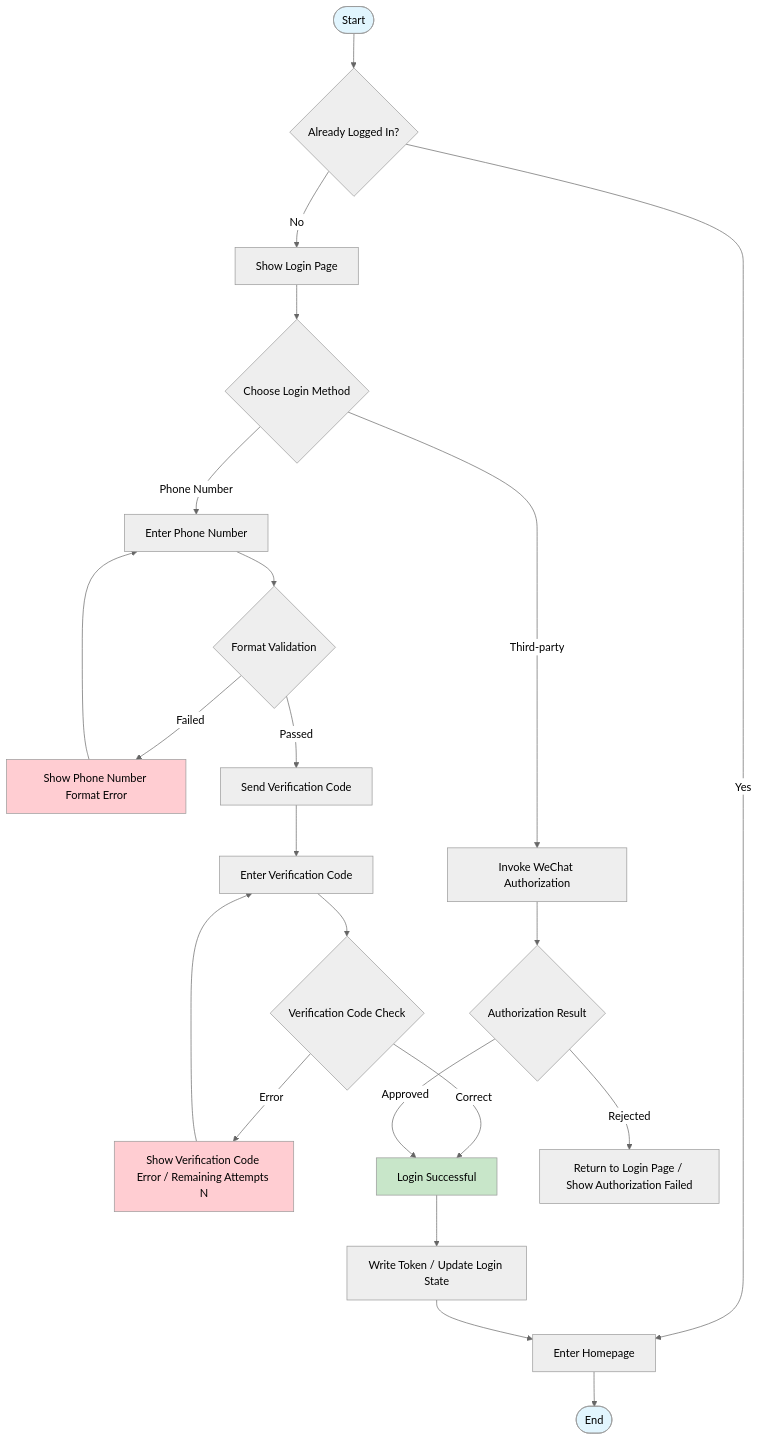
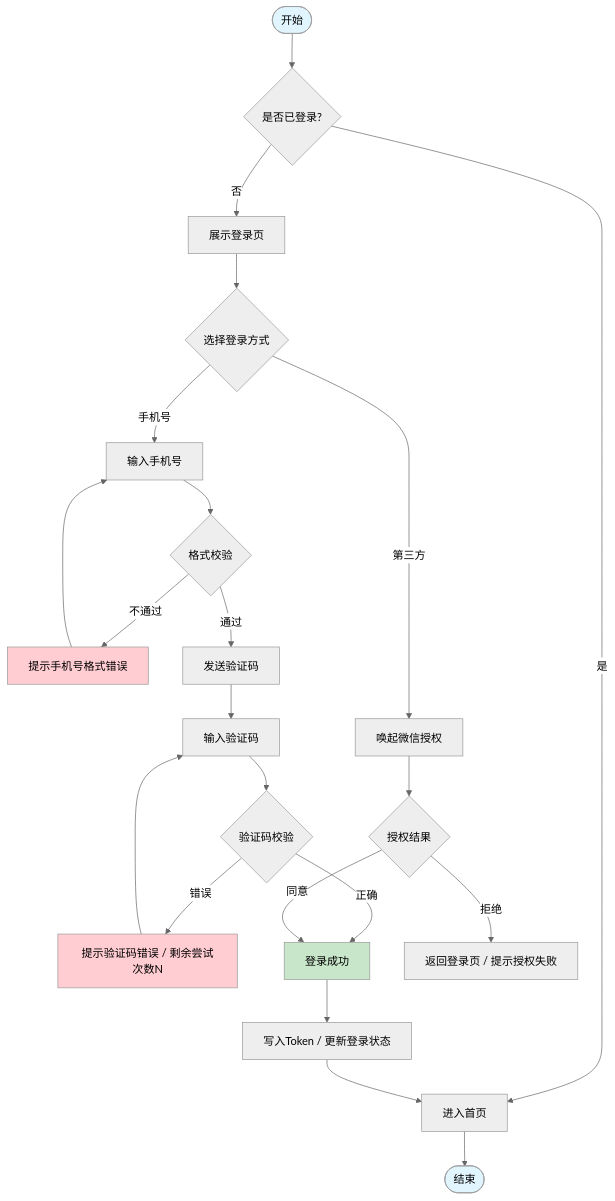
Before and after one commit to Kirky-X/cangjie: the fourth of 12 diagrams in templates/Product/Product/Template-PRD.md, drawn with Mermaid (neutral theme). The commit also changed other lines of this file and 33 other files, not shown here.

````diff
--- a/templates/Product/Product/Template-PRD.md
+++ b/templates/Product/Product/Template-PRD.md
@@ -222,30 +222,30 @@
 ```mermaid
 flowchart TD
-    Start([Start]) --> A{Already Logged In?}
-    A -->|Yes| B[Enter Homepage]
-    A -->|No| C[Show Login Page]
-    C --> D{Choose Login Method}
-    D -->|Phone Number| E[Enter Phone Number]
-    D -->|Third-party| F[Invoke WeChat Authorization]
-    E --> G{Format Validation}
-    G -->|Failed| H[Show Phone Number Format Error]
+    Start([开始]) --> A{是否已登录?}
+    A -->|是| B[进入首页]
+    A -->|否| C[展示登录页]
+    C --> D{选择登录方式}
+    D -->|手机号| E[输入手机号]
+    D -->|第三方| F[唤起微信授权]
+    E --> G{格式校验}
+    G -->|不通过| H[提示手机号格式错误]
     H --> E
-    G -->|Passed| I[Send Verification Code]
-    I --> J[Enter Verification Code]
-    J --> K{Verification Code Check}
-    K -->|Error| L[Show Verification Code Error / Remaining Attempts N]
+    G -->|通过| I[发送验证码]
+    I --> J[输入验证码]
+    J --> K{验证码校验}
+    K -->|错误| L[提示验证码错误 / 剩余尝试次数N]
     L --> J
-    K -->|Correct| M[Login Successful]
-    F --> N{Authorization Result}
-    N -->|Rejected| O[Return to Login Page / Show Authorization Failed]
-    N -->|Approved| M
-    M --> P[Write Token / Update Login State]
+    K -->|正确| M[登录成功]
+    F --> N{授权结果}
+    N -->|拒绝| O[返回登录页 / 提示授权失败]
+    N -->|同意| M
+    M --> P[写入Token / 更新登录状态]
     P --> B
-    B --> End([End])
+    B --> End([结束])
 
     style Start fill:#e1f5fe
     style End fill:#e1f5fe
     style M fill:#c8e6c9
     style H fill:#ffcdd2
     style L fill:#ffcdd2
 ```
````
